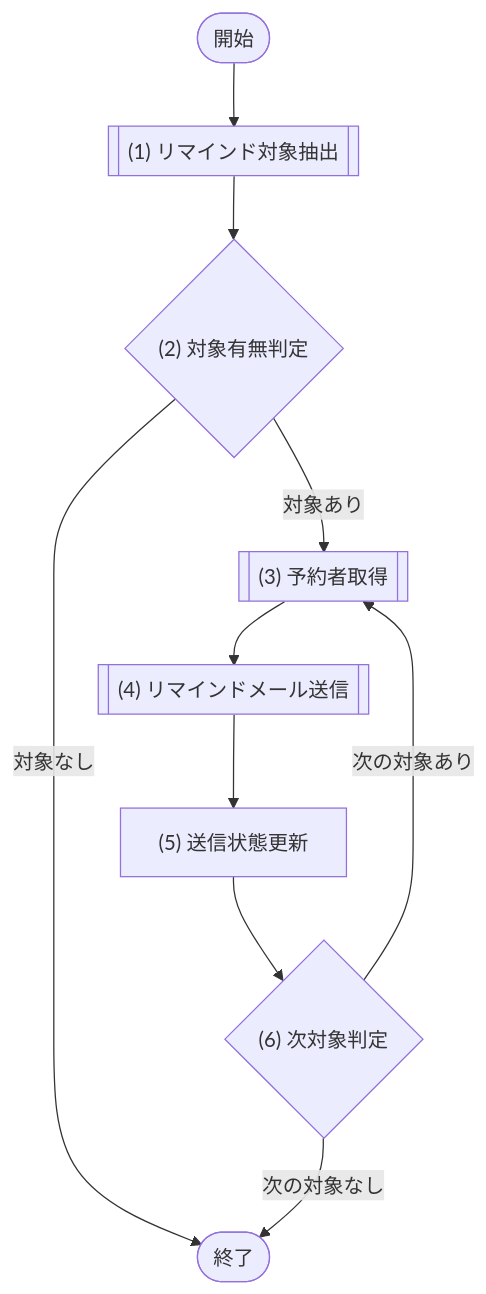
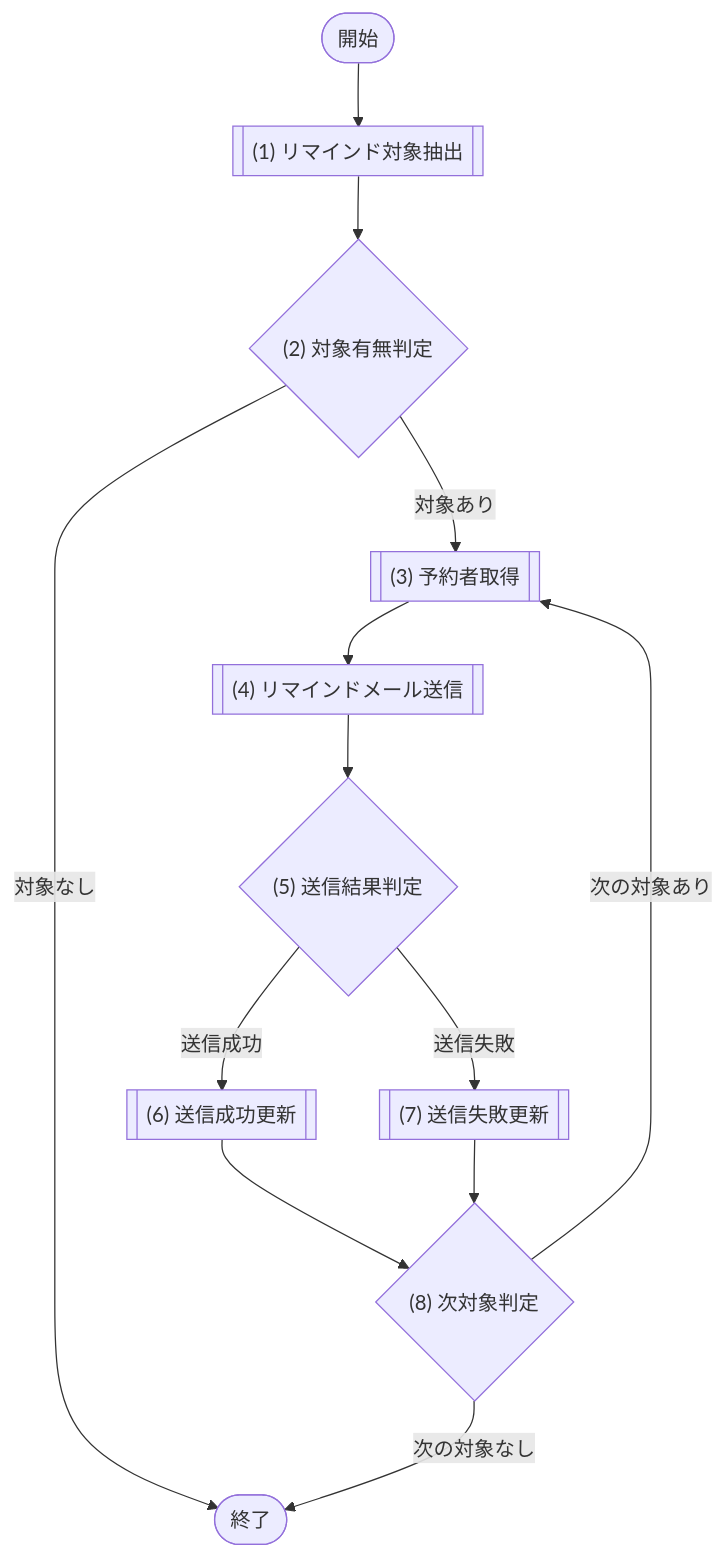
One commit to sikakou54/system-document-template changed the diagram in docs/03_機能設計/05_モジュール設計/MOD-006_通知サービス.md. Above: the diagram before and after it, drawn with Mermaid. The commit also changed other lines of this file and 43 other files, not shown here.

````diff
--- a/docs/03_機能設計/05_モジュール設計/MOD-006_通知サービス.md
+++ b/docs/03_機能設計/05_モジュール設計/MOD-006_通知サービス.md
@@ -49,17 +49,21 @@
 ```mermaid
 flowchart TD
   Start([開始])
   P1[["(1) リマインド対象抽出"]]
   D1{"(2) 対象有無判定"}
   P2[["(3) 予約者取得"]]
   P3[["(4) リマインドメール送信"]]
-  P4["(5) 送信状態更新"]
-  D2{"(6) 次対象判定"}
+  D2{"(5) 送信結果判定"}
+  P4[["(6) 送信成功更新"]]
+  P5[["(7) 送信失敗更新"]]
+  D3{"(8) 次対象判定"}
   End([終了])
 
   Start --> P1 --> D1
   D1 -- "対象なし" --> End
-  D1 -- "対象あり" --> P2 --> P3 --> P4 --> D2
-  D2 -- "次の対象あり" --> P2
-  D2 -- "次の対象なし" --> End
+  D1 -- "対象あり" --> P2 --> P3 --> D2
+  D2 -- "送信成功" --> P4 --> D3
+  D2 -- "送信失敗" --> P5 --> D3
+  D3 -- "次の対象あり" --> P2
+  D3 -- "次の対象なし" --> End
 ```
````
